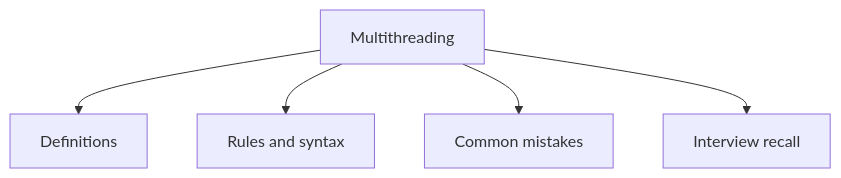
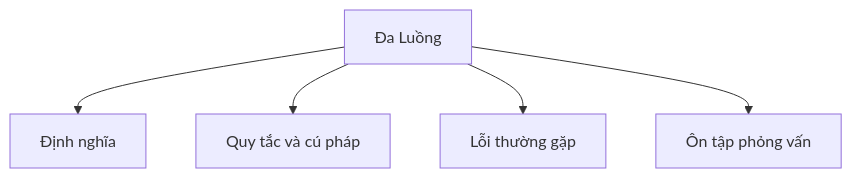
One commit to PhuThien2005/theoretical-of-java-core changed the diagram in 28-multithreading/README.md. Above: the diagram before and after it, drawn with Mermaid. The commit also changed other lines of this file and 229 other files, not shown here.

````diff
--- a/28-multithreading/README.md
+++ b/28-multithreading/README.md
@@ -66,7 +66,7 @@
 ```mermaid
 flowchart TD
-    A[Multithreading] --> B[Definitions]
-    A --> C[Rules and syntax]
-    A --> D[Common mistakes]
-    A --> E[Interview recall]
+    A[Đa Luồng] --> B[Định nghĩa]
+    A --> C[Quy tắc và cú pháp]
+    A --> D[Lỗi thường gặp]
+    A --> E[Ôn tập phỏng vấn]
 ```
````
